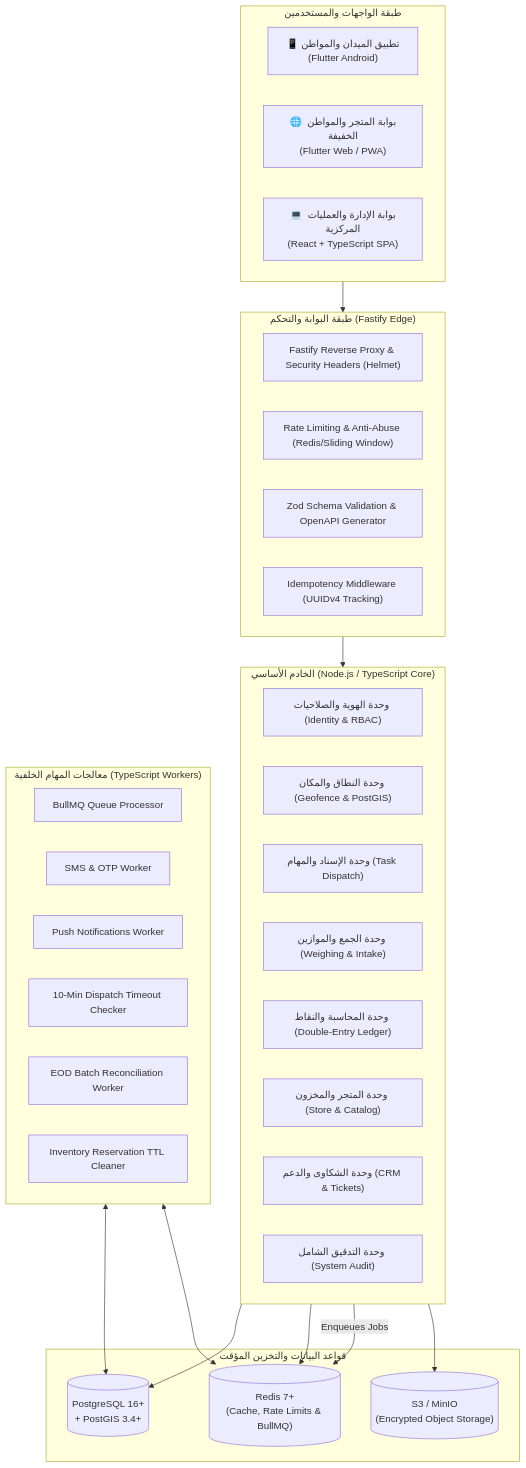
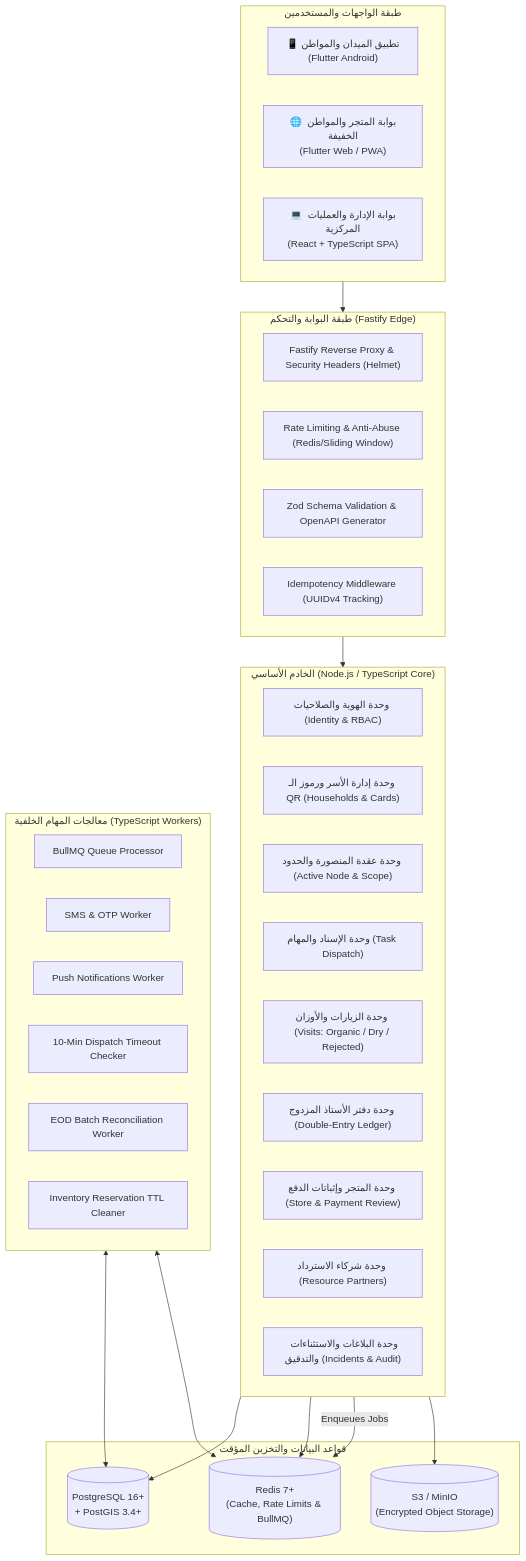
One commit to A-S-Y/Athar changed the first of 5 diagrams in docs/01-architecture/system-overview.md. Above: the diagram before and after it, drawn with Mermaid. The commit also changed 21 other files, not shown here.

Commit message:
refactor: align full architecture, diagrams, and docs strictly with canonical operational blueprint

````diff
--- a/docs/01-architecture/system-overview.md
+++ b/docs/01-architecture/system-overview.md
@@ -36,50 +36,51 @@
 ```mermaid
 flowchart TD
     subgraph Clients ["طبقة الواجهات والمستخدمين"]
         C1["📱 تطبيق الميدان والمواطن<br/>(Flutter Android)"]
         C2["🌐 بوابة المتجر والمواطن الخفيفة<br/>(Flutter Web / PWA)"]
         C3["💻 بوابة الإدارة والعمليات المركزية<br/>(React + TypeScript SPA)"]
     end
 
     subgraph Gateway ["طبقة البوابة والتحكم (Fastify Edge)"]
         G1["Fastify Reverse Proxy & Security Headers (Helmet)"]
         G2["Rate Limiting & Anti-Abuse (Redis/Sliding Window)"]
         G3["Zod Schema Validation & OpenAPI Generator"]
         G4["Idempotency Middleware (UUIDv4 Tracking)"]
     end
 
     subgraph CoreBackend ["الخادم الأساسي (Node.js / TypeScript Core)"]
         M1["وحدة الهوية والصلاحيات (Identity & RBAC)"]
-        M2["وحدة النطاق والمكان (Geofence & PostGIS)"]
-        M3["وحدة الإسناد والمهام (Task Dispatch)"]
-        M4["وحدة الجمع والموازين (Weighing & Intake)"]
-        M5["وحدة المحاسبة والنقاط (Double-Entry Ledger)"]
-        M6["وحدة المتجر والمخزون (Store & Catalog)"]
-        M7["وحدة الشكاوى والدعم (CRM & Tickets)"]
-        M8["وحدة التدقيق الشامل (System Audit)"]
+        M2["وحدة إدارة الأسر ورموز الـ QR (Households & Cards)"]
+        M3["وحدة عقدة المنصورة والحدود (Active Node & Scope)"]
+        M4["وحدة الإسناد والمهام (Task Dispatch)"]
+        M5["وحدة الزيارات والأوزان (Visits: Organic / Dry / Rejected)"]
+        M6["وحدة دفتر الأستاذ المزدوج (Double-Entry Ledger)"]
+        M7["وحدة المتجر وإثباتات الدفع (Store & Payment Review)"]
+        M8["وحدة شركاء الاسترداد (Resource Partners)"]
+        M9["وحدة البلاغات والاستثناءات والتدقيق (Incidents & Audit)"]
     end
 
     subgraph WorkerPool ["معالجات المهام الخلفية (TypeScript Workers)"]
         W1["BullMQ Queue Processor"]
         W2["SMS & OTP Worker"]
         W3["Push Notifications Worker"]
         W4["10-Min Dispatch Timeout Checker"]
         W5["EOD Batch Reconciliation Worker"]
         W6["Inventory Reservation TTL Cleaner"]
     end
 
     subgraph DataStore ["قواعد البيانات والتخزين المؤقت"]
         DB[("PostgreSQL 16+<br/>+ PostGIS 3.4+")]
         REDIS[("Redis 7+<br/>(Cache, Rate Limits & BullMQ)")]
         S3[("S3 / MinIO<br/>(Encrypted Object Storage)")]
     end
 
     Clients --> Gateway
     Gateway --> CoreBackend
     CoreBackend --> DB
     CoreBackend --> REDIS
     CoreBackend --> |Enqueues Jobs| REDIS
     WorkerPool <--> DB
     WorkerPool <--> REDIS
     CoreBackend --> S3
 ```
````
